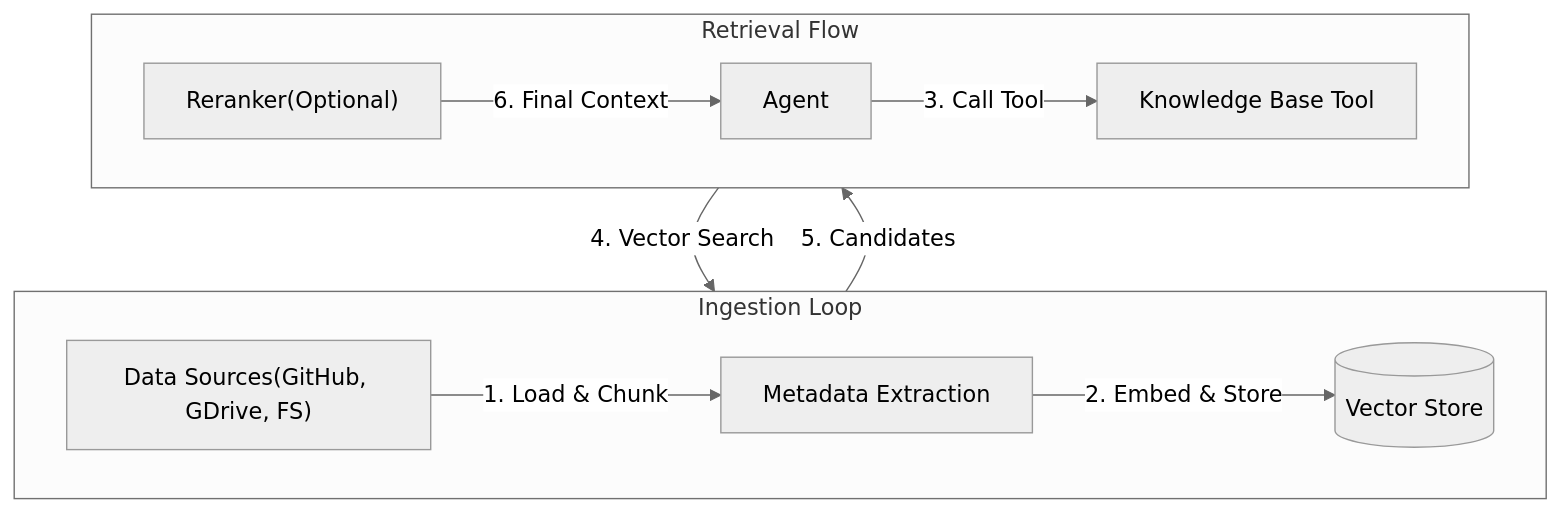
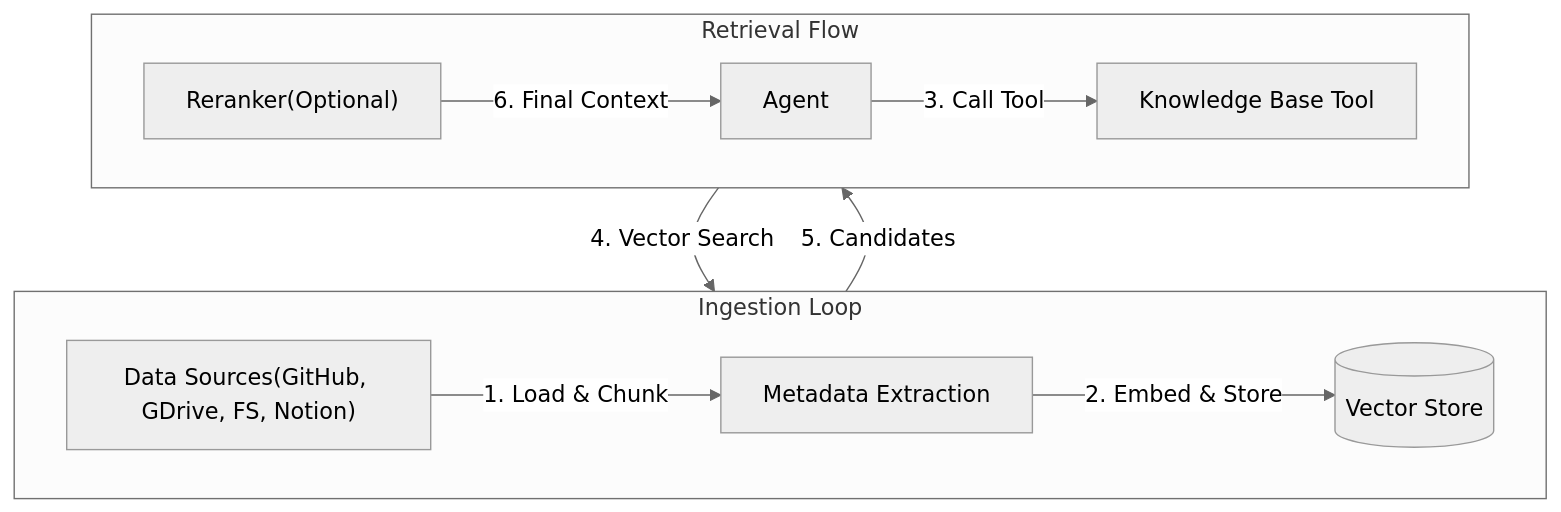
The diagram in docs/kb_rag.md (mehrdadrad/radops), drawn with Mermaid (neutral theme) before and after one commit. The commit also changed 3 other files, not shown here.

````diff
--- a/docs/kb_rag.md
+++ b/docs/kb_rag.md
@@ -12,16 +12,16 @@
 ```mermaid
 flowchart TB
     subgraph Ingestion [Ingestion Loop]
         direction LR
-        Source["Data Sources(GitHub, GDrive, FS)"] -->|1. Load & Chunk| Meta[Metadata Extraction]
+        Source["Data Sources(GitHub, GDrive, FS, Notion)"] -->|1. Load & Chunk| Meta[Metadata Extraction]
         Meta -->|2. Embed & Store| VDB[(Vector Store)]
     end
 
     subgraph Retrieval [Retrieval Flow]
         direction LR
         Agent -->|3. Call Tool| Tool[Knowledge Base Tool]
         Tool -->|4. Vector Search| VDB
         VDB -->|5. Candidates| Rerank["Reranker(Optional)"]
         Rerank -->|6. Final Context| Agent
     end
 ```
````
